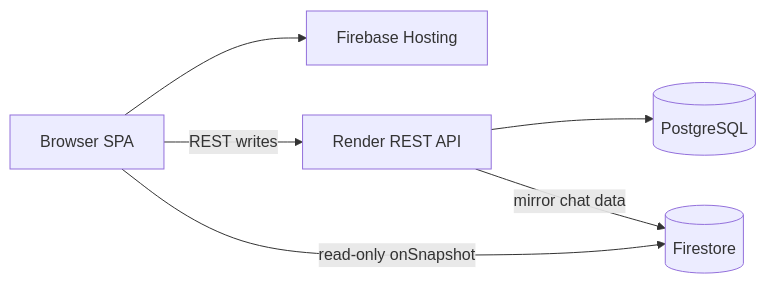
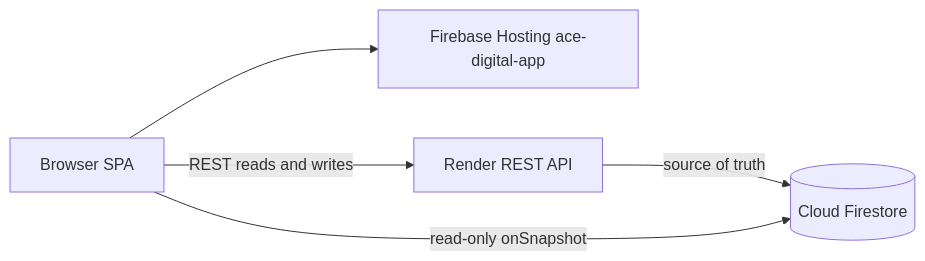
The diagram in docs/PRODUCTION.md (Ace-Groups/Ace-Digital), drawn with Mermaid before and after one commit. The commit also changed other lines of this file and 32 other files, not shown here.

````diff
--- a/docs/PRODUCTION.md
+++ b/docs/PRODUCTION.md
@@ -13,14 +20,12 @@
 ```mermaid
 flowchart LR
   Browser[Browser SPA]
-  Hosting[Firebase Hosting]
+  Hosting[Firebase Hosting ace-digital-app]
   Render[Render REST API]
-  Postgres[(PostgreSQL)]
-  Firestore[(Firestore)]
+  Firestore[(Cloud Firestore)]
 
   Browser --> Hosting
-  Browser -->|REST writes| Render
-  Render --> Postgres
-  Render -->|mirror chat data| Firestore
+  Browser -->|REST reads and writes| Render
+  Render -->|source of truth| Firestore
   Browser -->|read-only onSnapshot| Firestore
 ```
````
